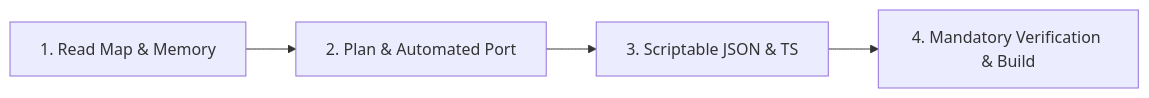
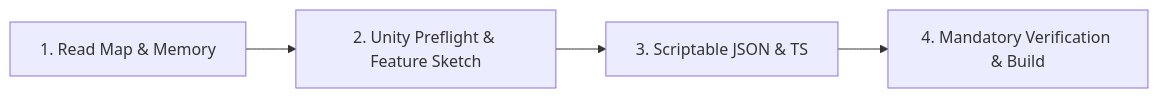
Before and after one commit to minhdptpuzzle/playable-shared-kit: the diagram in ai/templates/CLAUDE.md, drawn with Mermaid. The commit also changed other lines of this file and 60 other files, not shown here.

````diff
--- a/ai/templates/CLAUDE.md
+++ b/ai/templates/CLAUDE.md
@@ -16,6 +16,6 @@
 ```mermaid
 flowchart LR
-    A["1. Read Map & Memory"] --> B["2. Plan & Automated Port"]
+    A["1. Read Map & Memory"] --> B["2. Unity Preflight & Feature Sketch"]
     B --> C["3. Scriptable JSON & TS"]
     C --> D["4. Mandatory Verification & Build"]
 ```
````
